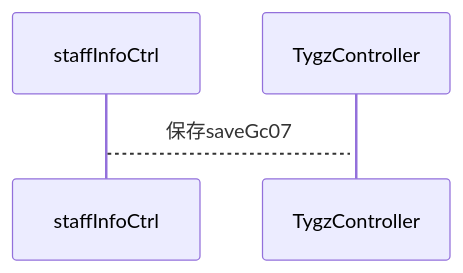
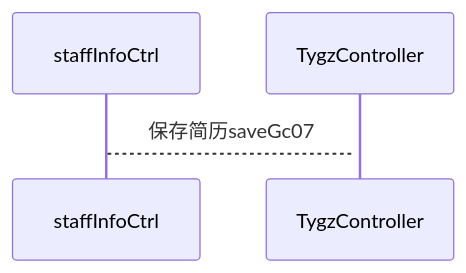
Before and after one commit to ZhangJianBeiJing/iodraw-files: the diagram in all/未命名.md, drawn with Mermaid.

Commit message:
2025-03-25 17:02:51 update

````diff
--- a/all/未命名.md
+++ b/all/未命名.md
@@ -1,5 +1,5 @@
 ```mermaid
 sequenceDiagram
-    staffInfoCtrl-->+TygzController:保存saveGc07
+    staffInfoCtrl-->+TygzController:保存简历saveGc07
             
 ```
````
